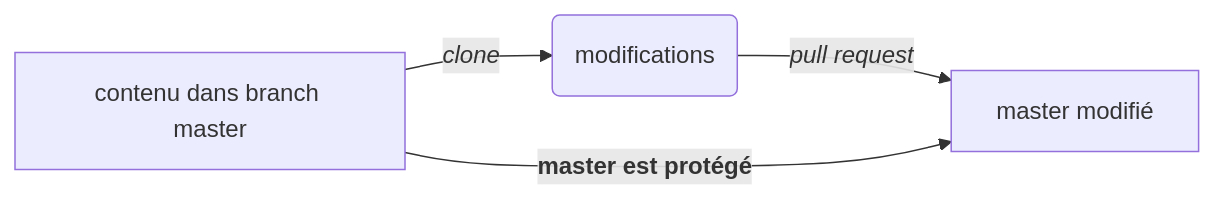
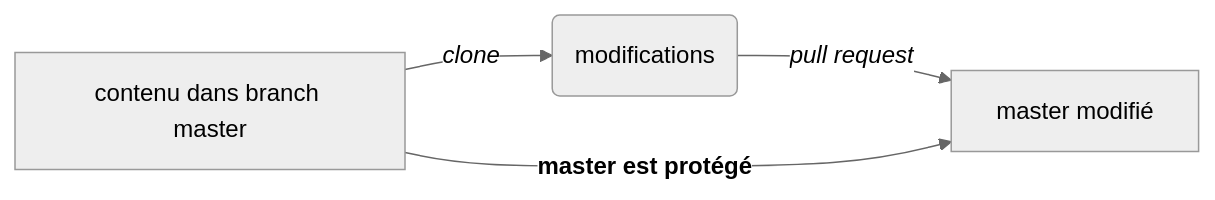
Before and after one commit to OFCE/ofce: the diagram in vignettes/outils.qmd, drawn with Mermaid. The commit also changed 9 other files, not shown here.

````diff
--- a/vignettes/outils.qmd
+++ b/vignettes/outils.qmd
@@ -111,7 +111,9 @@
 ```{mermaid}
+%%| fig-align: "center"
+%%{init: {"theme": "neutral"} }%%
 flowchart LR
 A[contenu dans branch master]
   A -->|"<i>clone<i/>"| B(modifications)
   B -->|"<i>pull request</i>"| D
   A -->|"<b>master est protégé<b/>"| D[master modifié]
 ```
````
